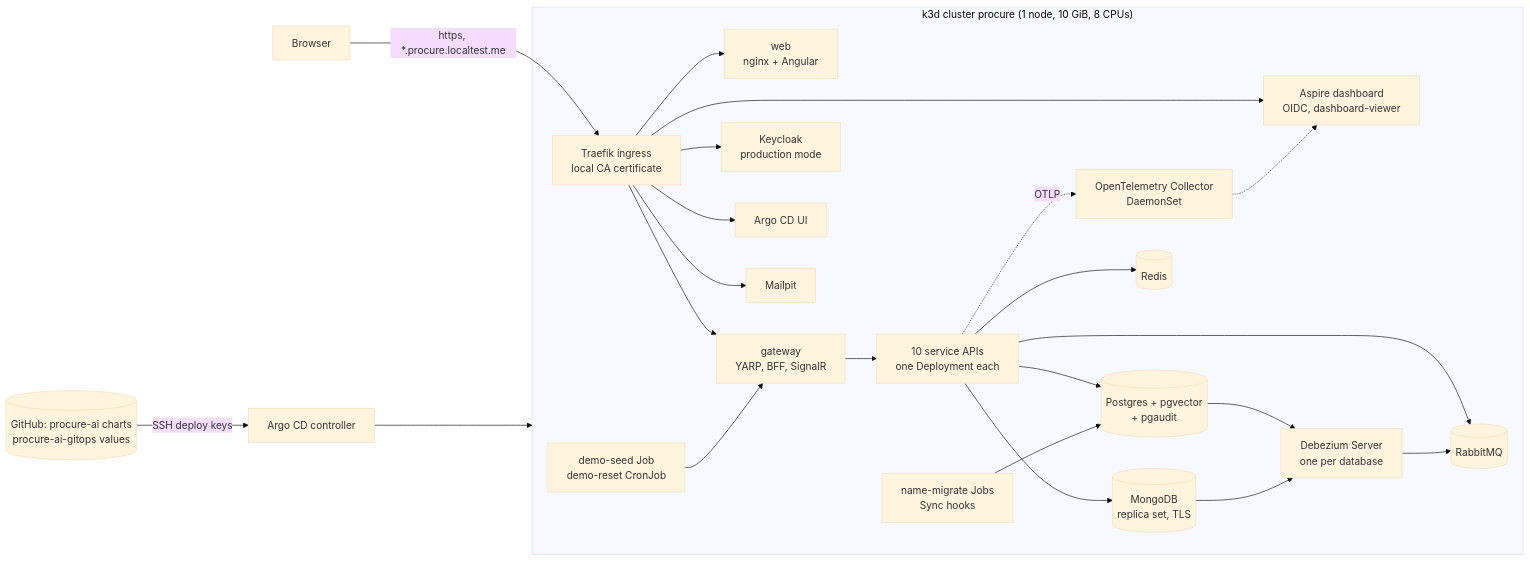
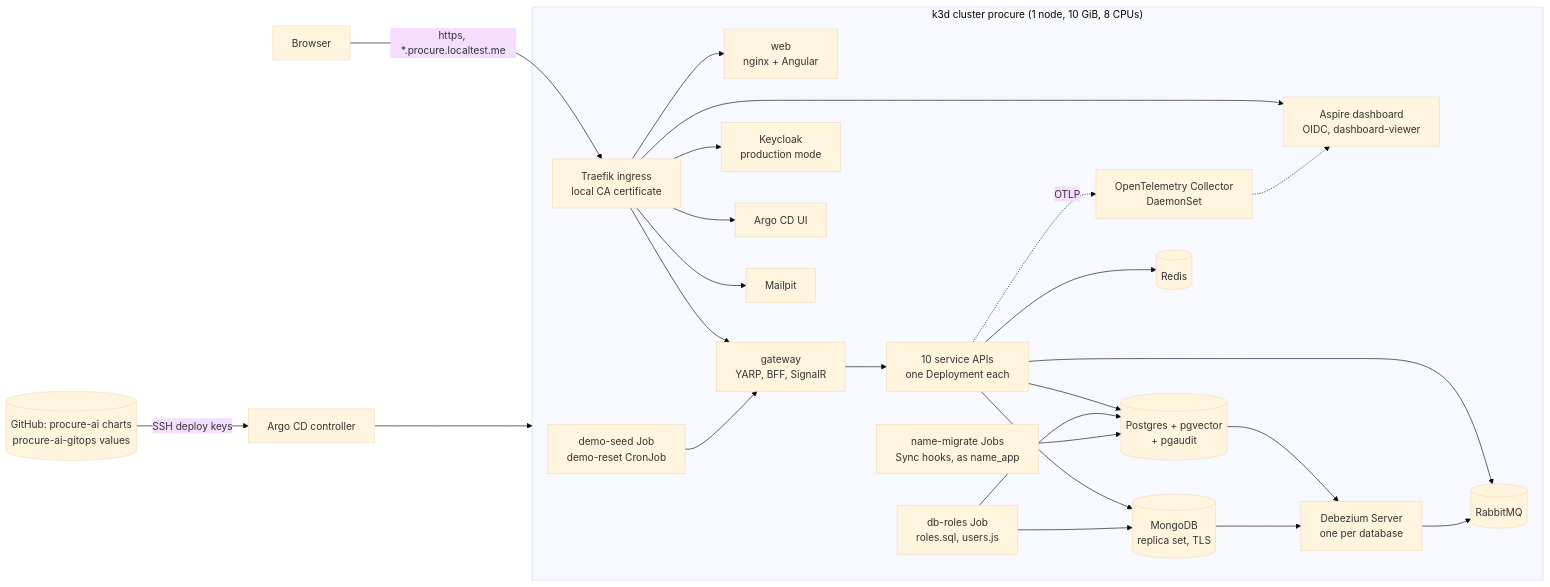
One commit to modefan/procure-ai changed the diagram in docs/kubernetes.md. Above: the diagram before and after it, drawn with Mermaid (base theme). The commit also changed other lines of this file and 64 other files, not shown here.

````diff
--- a/docs/kubernetes.md
+++ b/docs/kubernetes.md
@@ -10,25 +10,27 @@
 ```mermaid
 flowchart LR
     browser[Browser] -->|https, *.procure.localtest.me| traefik[Traefik ingress<br/>local CA certificate]
     subgraph k3d["k3d cluster procure (1 node, 10 GiB, 8 CPUs)"]
         traefik --> web[web<br/>nginx + Angular]
         traefik --> gateway[gateway<br/>YARP, BFF, SignalR]
         traefik --> keycloak[Keycloak<br/>production mode]
         traefik --> dashboard[Aspire dashboard<br/>OIDC, dashboard-viewer]
         traefik --> argocd[Argo CD UI]
         traefik --> mailpit[Mailpit]
         gateway --> apis[10 service APIs<br/>one Deployment each]
         apis --> pg[(Postgres + pgvector<br/>+ pgaudit)]
         apis --> mongo[(MongoDB<br/>replica set, TLS)]
         apis --> rabbit[(RabbitMQ)]
         apis --> redis[(Redis)]
         pg --> dbz[Debezium Server<br/>one per database]
         mongo --> dbz
         dbz --> rabbit
         apis -.->|OTLP| collector[OpenTelemetry Collector<br/>DaemonSet] -.-> dashboard
-        migrate[name-migrate Jobs<br/>Sync hooks] --> pg
+        roles[db-roles Job<br/>roles.sql, users.js] --> pg
+        roles --> mongo
+        migrate[name-migrate Jobs<br/>Sync hooks, as name_app] --> pg
         seed[demo-seed Job<br/>demo-reset CronJob] --> gateway
     end
     git[(GitHub: procure-ai charts<br/>procure-ai-gitops values)] -->|SSH deploy keys| argocdctl[Argo CD controller]
     argocdctl --> k3d
 ```
````
